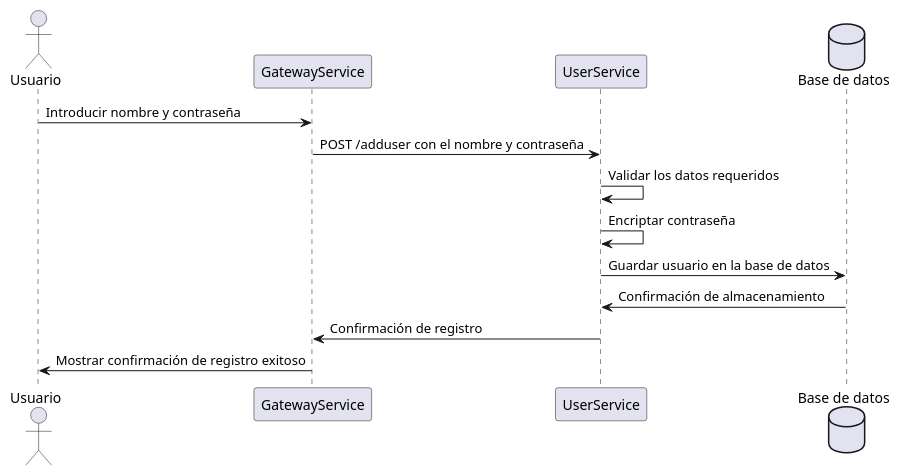
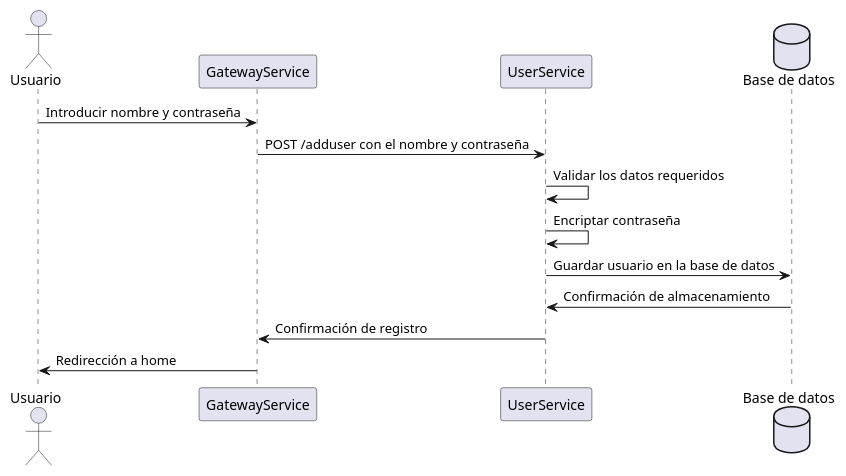
One commit to Arquisoft/wichat_es5a changed the first of 3 diagrams in docs/src/06_runtime_view.adoc. Above: the diagram before and after it, drawn with PlantUML. The commit also changed other lines of this file, not shown here.

Commit message:
Actualización de los diagramas del punto 6 de la documentación

```diff
--- a/docs/src/06_runtime_view.adoc
+++ b/docs/src/06_runtime_view.adoc
@@ -49,18 +49,18 @@
 [plantuml,"User registration diagram",png]
 ----
 
 actor Usuario
 participant "GatewayService" as GS
 participant "UserService" as US
 database "Base de datos" as DB
 
 Usuario -> GS: Introducir nombre y contraseña
 GS -> US: POST /adduser con el nombre y contraseña
 US -> US: Validar los datos requeridos
 US -> US: Encriptar contraseña
 US -> DB: Guardar usuario en la base de datos
 DB -> US: Confirmación de almacenamiento
 US -> GS: Confirmación de registro
-GS -> Usuario: Mostrar confirmación de registro exitoso
+GS -> Usuario: Redirección a home
 
 ----
```
